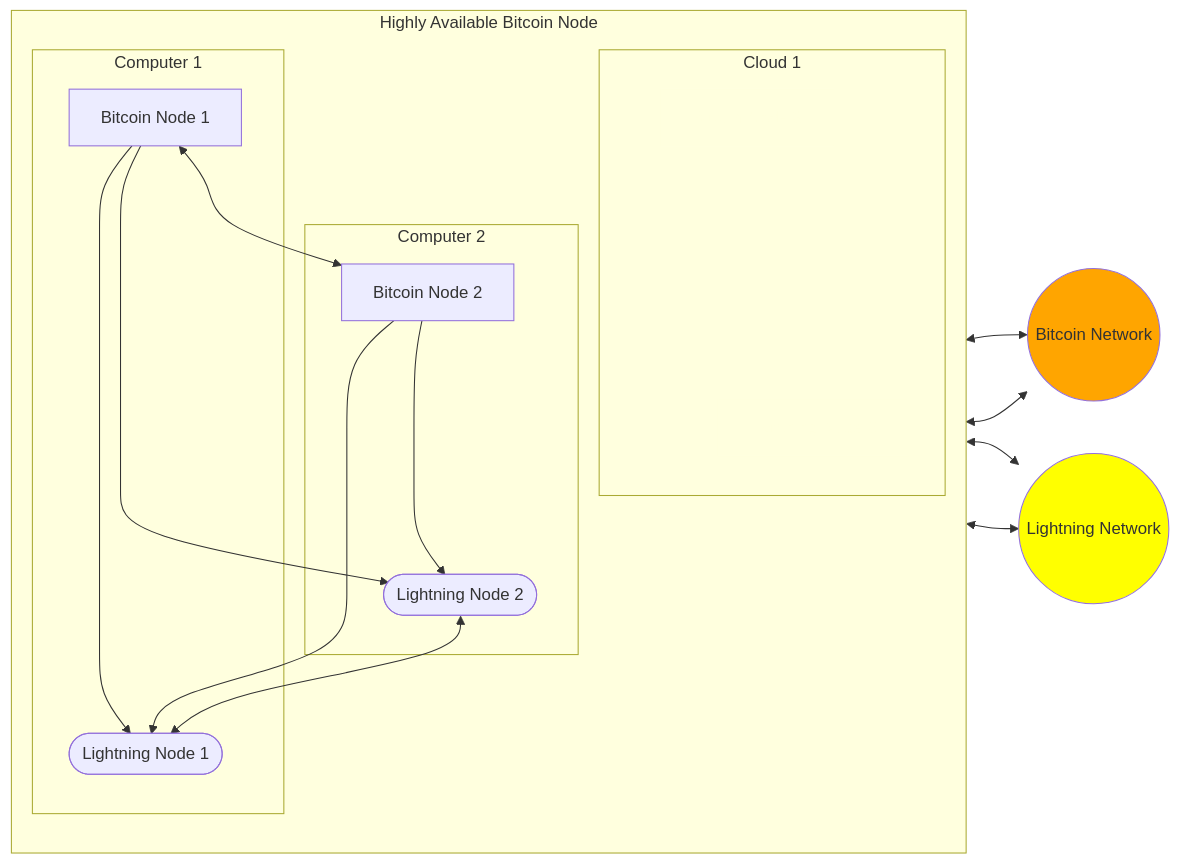
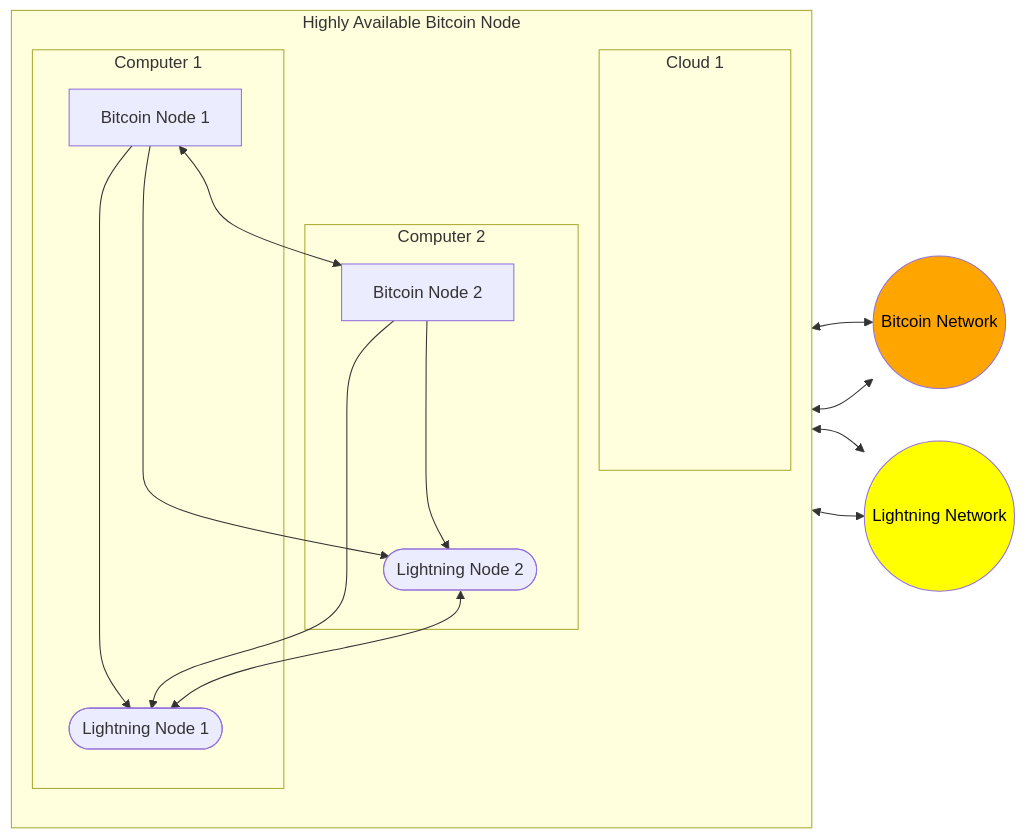
Before and after one commit to GildedPleb/hab-guide: the sixth of 8 diagrams in src/pages/how.md, drawn with Mermaid. The commit also changed other lines of this file and 3 other files, not shown here.

````diff
--- a/src/pages/how.md
+++ b/src/pages/how.md
@@ -447,52 +450,52 @@
 ```mermaid title="fig6"
 flowchart LR
 	HABN:::HABNClass
 	subgraph HABN [Highly Available Bitcoin Node]
 		direction TB
 		subgraph host1 [Computer 1]
 			btc1[Bitcoin Node 1]
 			ln1([Lightning Node 1])
 		end
 		subgraph host2 [Computer 2]
 			btc2[Bitcoin Node 2]
 			ln2([Lightning Node 2])
 		end
 		subgraph host3 [Cloud 1]
-			btc3[Bitcoin Node 3]
-			ln3[Lightning Node 3]
+			btc3[" "]
+			ln3[" "]
 		end
 	end
 
 	btc((Bitcoin Network))
 	ln((Lightning Network))
 
 	btc1 <--> btc2
 	btc <--> btc1
 	btc <--> btc2
 	btc3 === btc2
 	btc3 === btc
 
 	btc1 --> ln1
 	btc1 --> ln2
 	btc2 --> ln1
 	btc2 --> ln2
 	btc2 === ln3
 
 	btc3 === ln2
 	btc3 === ln3
 
 	ln1 <--> ln
 	ln2 <--> ln1
 	ln2 <--> ln
 	ln3 === ln
 	ln3 === ln2
 
-	style btc fill:orange
-	style ln fill:yellow
-	style btc3 stroke:#ffffde,fill:#ffffde,color:#ffffde
-	style ln3 stroke:#ffffde,fill:#ffffde,color:#ffffde
+	style btc fill:orange,color:black
+	style ln fill:yellow,color:black
+	style btc3 stroke:none,fill:none,color:none
+	style ln3 stroke:none,fill:none,color:none
 
   linkStyle 3,4,9,10,11,15,16 stroke-width:0px
 
 	classDef HABNClass display:inline-block
 ```
````
